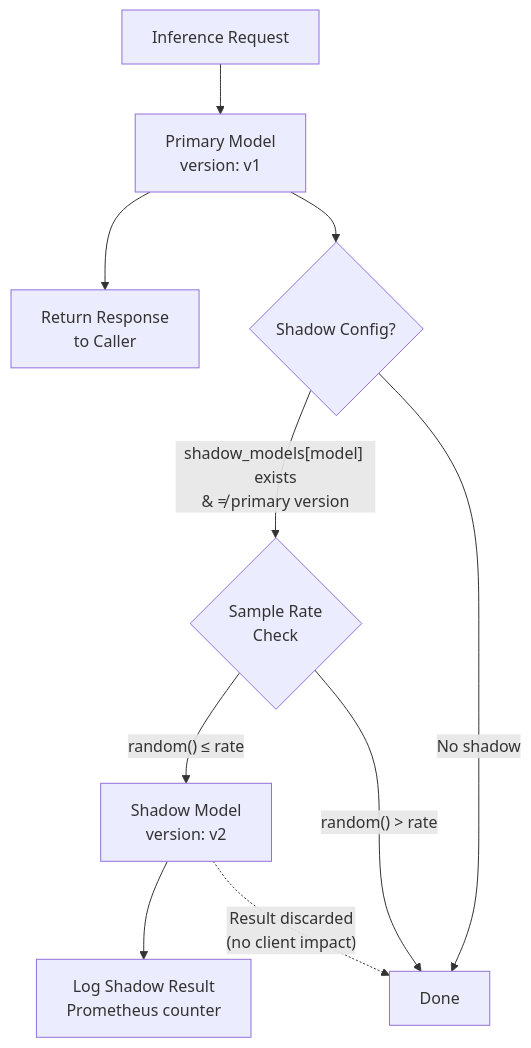
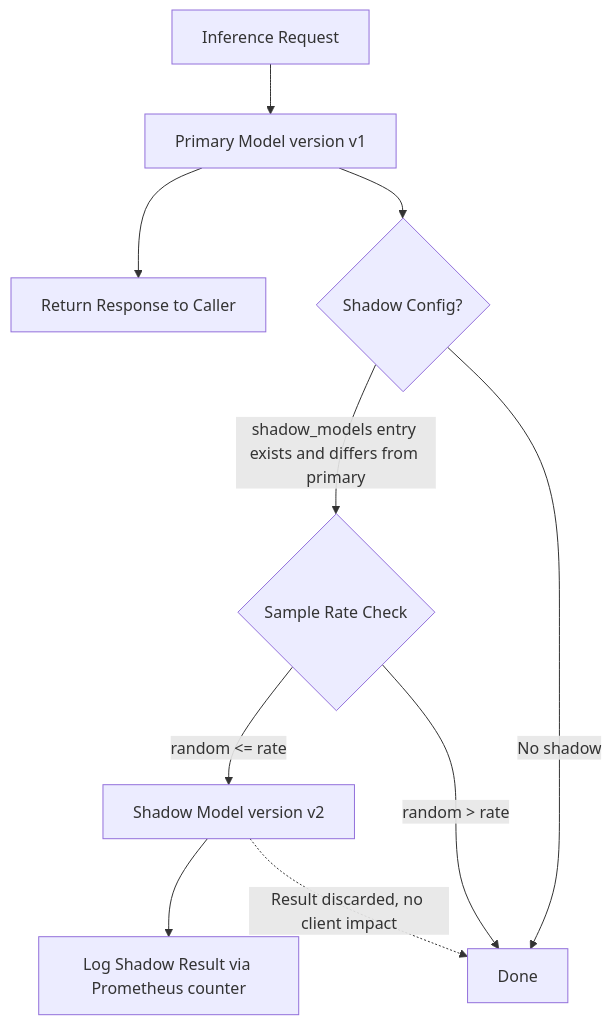
Before and after one commit to sunitakeazycommerz-a11y/InstaCommerce: the eighth of 8 diagrams in services/ai-inference-service/README.md, drawn with Mermaid. The commit also changed other lines of this file, not shown here.

Commit message:
docs(ai): deepen ai inference guide

````diff
--- a/services/ai-inference-service/README.md
+++ b/services/ai-inference-service/README.md
@@ -415,15 +471,15 @@
 ```mermaid
-graph TD
-    REQ[Inference Request] --> PRIMARY[Primary Model<br/>version: v1]
-    PRIMARY --> RESP[Return Response<br/>to Caller]
+flowchart TD
+    REQ[Inference Request] --> PRIMARY[Primary Model version v1]
+    PRIMARY --> RESP[Return Response to Caller]
 
     PRIMARY --> CHECK{Shadow Config?}
-    CHECK -->|"shadow_models[model] exists<br/>& ≠ primary version"| SAMPLE{Sample Rate<br/>Check}
+    CHECK -->|"shadow_models entry exists and differs from primary"| SAMPLE{Sample Rate Check}
     CHECK -->|No shadow| DONE[Done]
 
-    SAMPLE -->|"random() ≤ rate"| SHADOW[Shadow Model<br/>version: v2]
-    SAMPLE -->|"random() > rate"| DONE
+    SAMPLE -->|"random <= rate"| SHADOW[Shadow Model version v2]
+    SAMPLE -->|"random > rate"| DONE
 
-    SHADOW --> LOG[Log Shadow Result<br/>Prometheus counter]
-    SHADOW -.->|"Result discarded<br/>(no client impact)"| DONE
+    SHADOW --> LOG["Log Shadow Result via Prometheus counter"]
+    SHADOW -.->|"Result discarded, no client impact"| DONE
 ```
````
